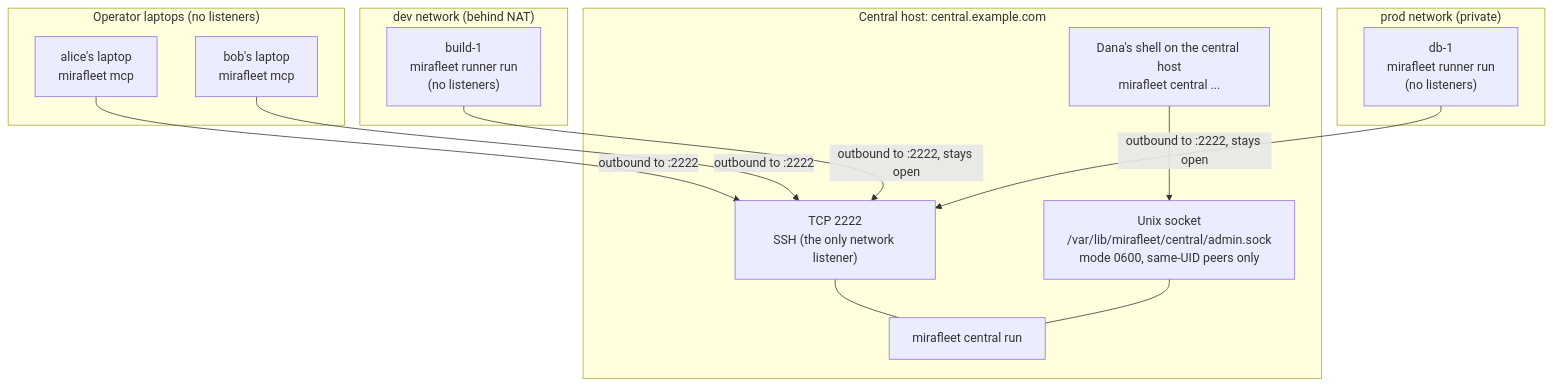
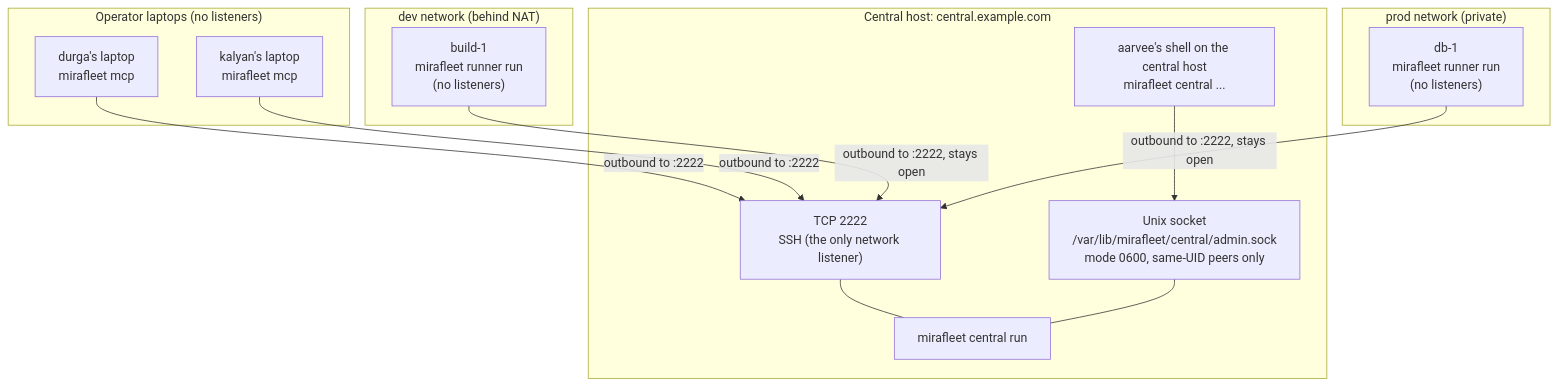
The eighth of 10 diagrams in docs/guide/03-architecture.md (mirastacklabs-ai/mirafleet), drawn with Mermaid before and after one commit. The commit also changed other lines of this file and 7 other files, not shown here.

````diff
--- a/docs/guide/03-architecture.md
+++ b/docs/guide/03-architecture.md
@@ -479,30 +479,30 @@
 ```mermaid
 flowchart TB
   subgraph LAPTOPS["Operator laptops (no listeners)"]
-    A["alice's laptop<br/>mirafleet mcp"]
-    B["bob's laptop<br/>mirafleet mcp"]
+    A["durga's laptop<br/>mirafleet mcp"]
+    B["kalyan's laptop<br/>mirafleet mcp"]
   end
 
   subgraph CH["Central host: central.example.com"]
     L1["TCP 2222<br/>SSH (the only network listener)"]
     L2["Unix socket<br/>/var/lib/mirafleet/central/admin.sock<br/>mode 0600, same-UID peers only"]
     P["mirafleet central run"]
     L1 --- P
     L2 --- P
-    ADMIN["Dana's shell on the central host<br/>mirafleet central ..."]
+    ADMIN["aarvee's shell on the central host<br/>mirafleet central ..."]
     ADMIN --> L2
   end
 
   subgraph DEVNET["dev network (behind NAT)"]
     R1["build-1<br/>mirafleet runner run<br/>(no listeners)"]
   end
 
   subgraph PRODNET["prod network (private)"]
     R2["db-1<br/>mirafleet runner run<br/>(no listeners)"]
   end
 
   A -- "outbound to :2222" --> L1
   B -- "outbound to :2222" --> L1
   R1 -- "outbound to :2222, stays open" --> L1
   R2 -- "outbound to :2222, stays open" --> L1
 ```
````
